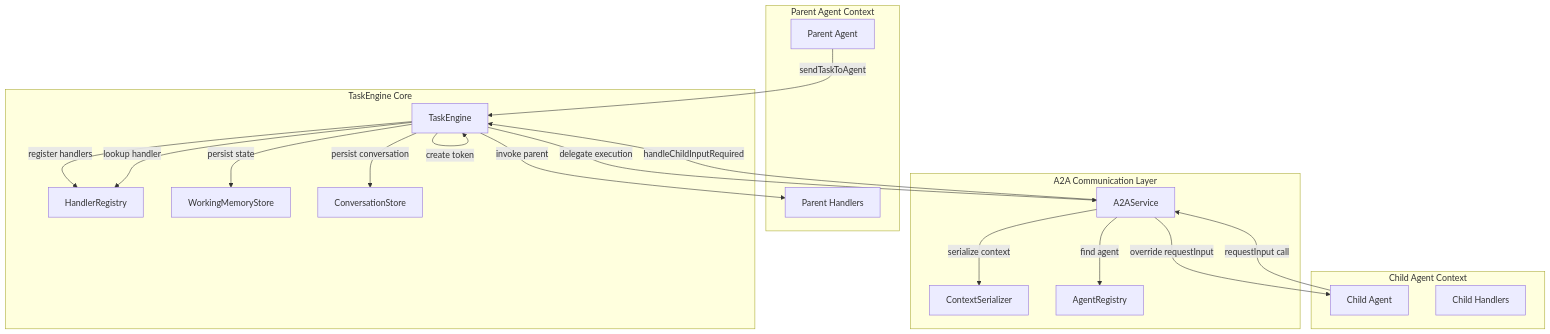
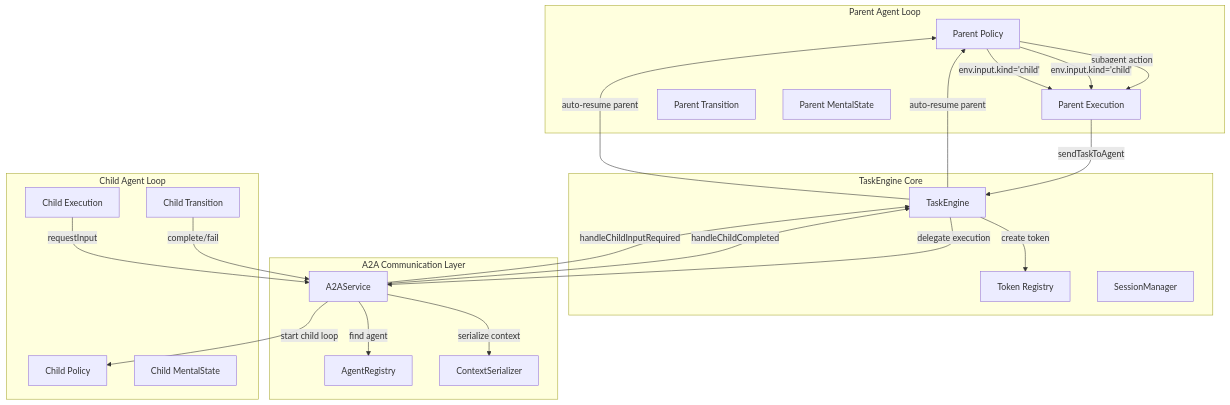
One commit to a2arium/callAgent changed the diagram in apps/docs/task-engine-a2a-integration.md. Above: the diagram before and after it, drawn with Mermaid. The commit also changed other lines of this file and 76 other files, not shown here.

````diff
--- a/apps/docs/task-engine-a2a-integration.md
+++ b/apps/docs/task-engine-a2a-integration.md
@@ -9,39 +9,46 @@
 ```mermaid
 graph TD
-    subgraph "Parent Agent Context"
-        PA[Parent Agent]
-        PH[Parent Handlers]
+    subgraph "Parent Agent Loop"
+        PP[Parent Policy]
+        PE[Parent Execution]
+        PT[Parent Transition]
+        PM[Parent MentalState]
     end
     
     subgraph "TaskEngine Core"
         TE[TaskEngine]
-        HR[HandlerRegistry]
-        WM[WorkingMemoryStore]
-        CS[ConversationStore]
+        TR[Token Registry]
+        SM[SessionManager]
     end
     
     subgraph "A2A Communication Layer"
         A2A[A2AService]
         CSer[ContextSerializer]
         AR[AgentRegistry]
     end
     
-    subgraph "Child Agent Context"
-        CA[Child Agent]
-        CH[Child Handlers]
+    subgraph "Child Agent Loop"
+        CP[Child Policy]
+        CE[Child Execution]
+        CT[Child Transition]
+        CM[Child MentalState]
     end
     
-    PA -->|sendTaskToAgent| TE
-    TE -->|register handlers| HR
-    TE -->|create token| TE
+    PP -->|subagent action| PE
+    PE -->|sendTaskToAgent| TE
+    TE -->|create token| TR
     TE -->|delegate execution| A2A
     A2A -->|serialize context| CSer
     A2A -->|find agent| AR
-    A2A -->|override requestInput| CA
-    CA -->|requestInput call| A2A
+    A2A -->|start child loop| CP
+    
+    CT -->|complete/fail| A2A
+    A2A -->|handleChildCompleted| TE
+    TE -->|auto-resume parent| PP
+    PP -->|env.input.kind='child'| PE
+    
+    CE -->|requestInput| A2A
     A2A -->|handleChildInputRequired| TE
-    TE -->|lookup handler| HR
-    TE -->|invoke parent| PH
-    TE -->|persist state| WM
-    TE -->|persist conversation| CS
+    TE -->|auto-resume parent| PP
+    PP -->|env.input.kind='child'| PE
 ```
````
